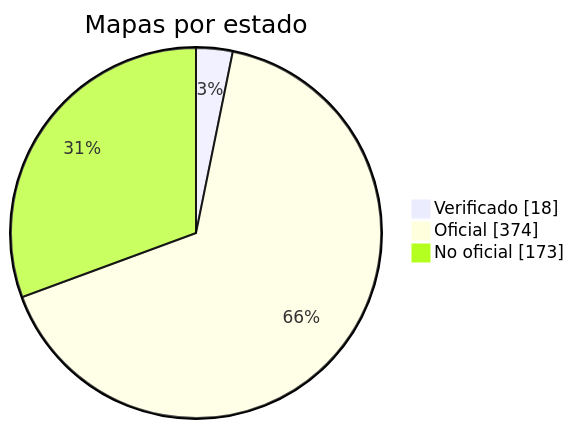
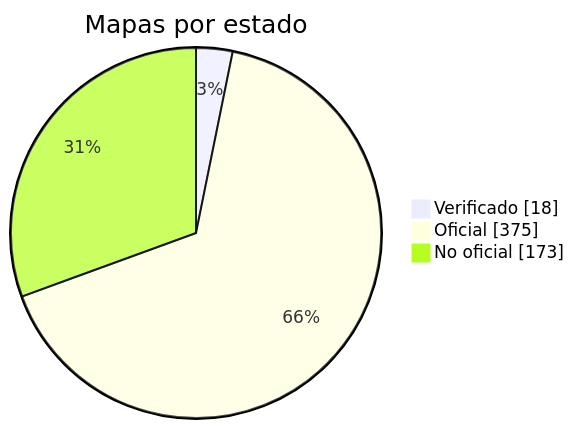
One commit to nobrega8/mbmap-library changed the diagram in docs/readme/README_ES.md. Above: the diagram before and after it, drawn with Mermaid. The commit also changed 6 other files, not shown here.

````diff
--- a/docs/readme/README_ES.md
+++ b/docs/readme/README_ES.md
@@ -54,7 +54,7 @@
 ```mermaid
 pie showData
     title Mapas por estado
     "Verificado" : 18
-    "Oficial" : 374
+    "Oficial" : 375
     "No oficial" : 173
 ```
````
